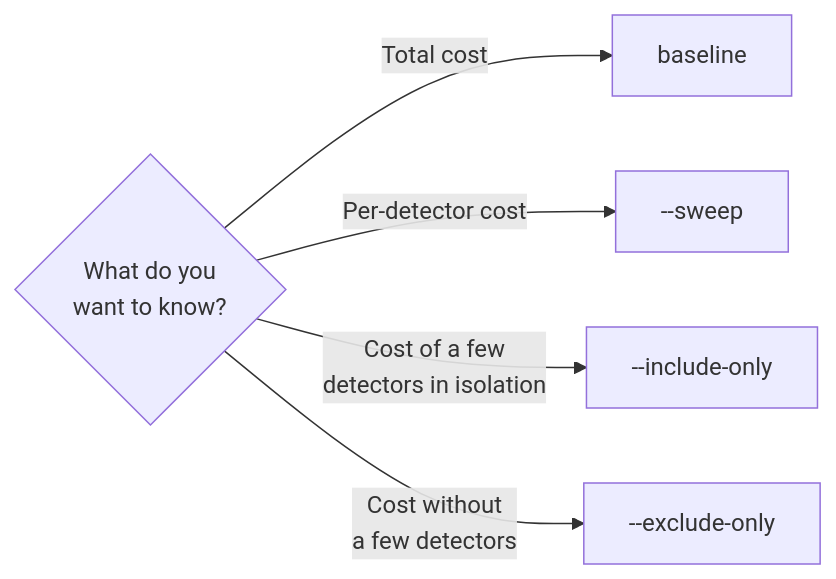
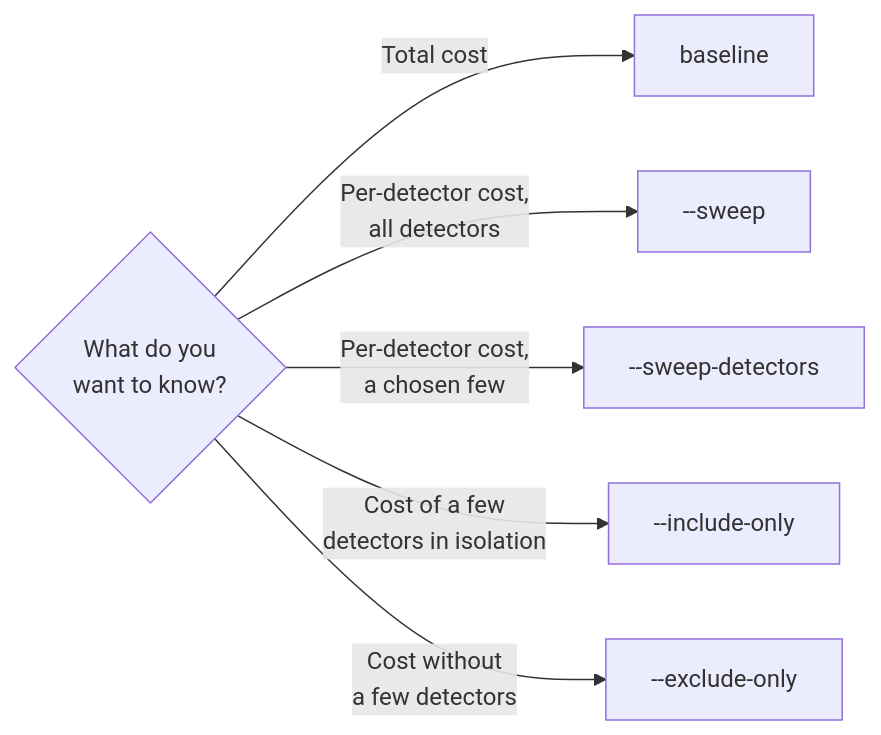
Before and after one commit to key4hep/k4Bench: the second of 2 diagrams in docs/user-guide/overview.md, drawn with Mermaid. The commit also changed other lines of this file and 22 other files, not shown here.

Commit message:
Add --sweep-detectors for partial sweeps over a detector subset (#69)

````diff
--- a/docs/user-guide/overview.md
+++ b/docs/user-guide/overview.md
@@ -81,7 +83,8 @@
 ```mermaid
 flowchart LR
     Q{What do you<br/>want to know?} -->|"Total cost"| BASE[baseline]
-    Q -->|"Per-detector cost"| FULL["--sweep"]
+    Q -->|"Per-detector cost,<br/>all detectors"| FULL["--sweep"]
+    Q -->|"Per-detector cost,<br/>a chosen few"| PART["--sweep-detectors"]
     Q -->|"Cost of a few<br/>detectors in isolation"| INC["--include-only"]
     Q -->|"Cost without<br/>a few detectors"| EXC["--exclude-only"]
 ```
````
